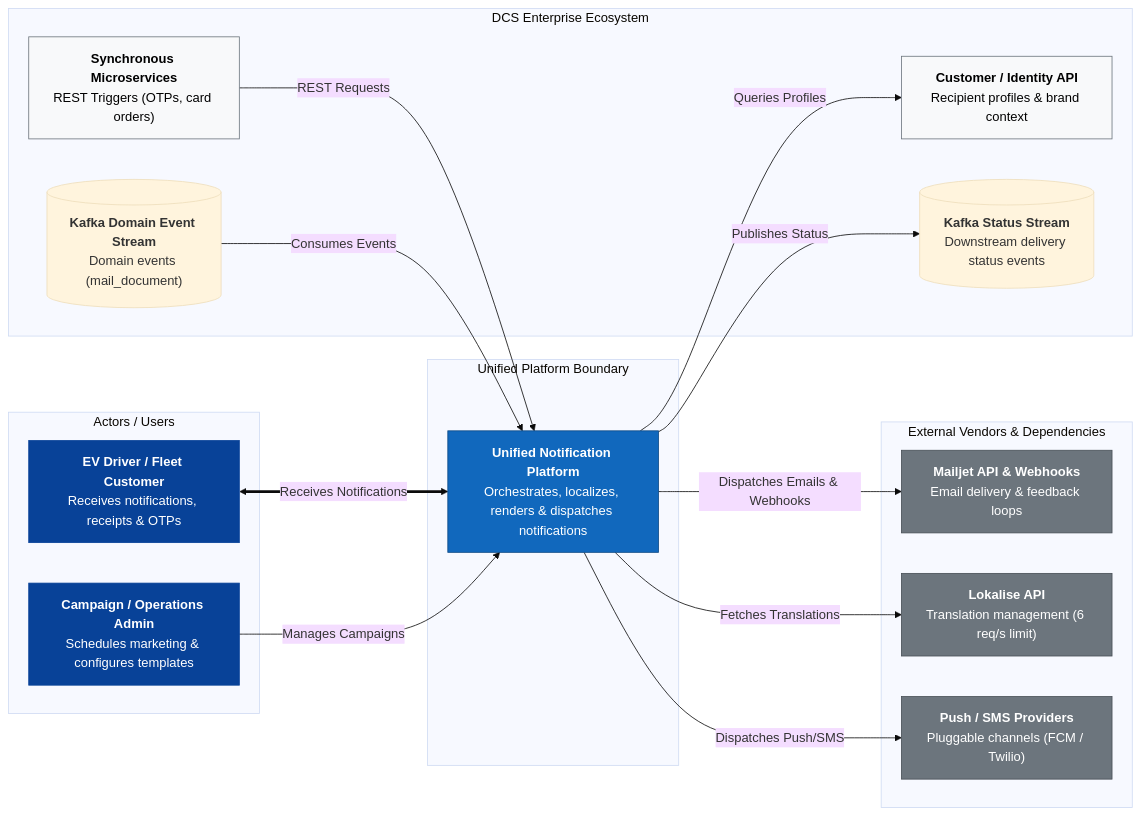
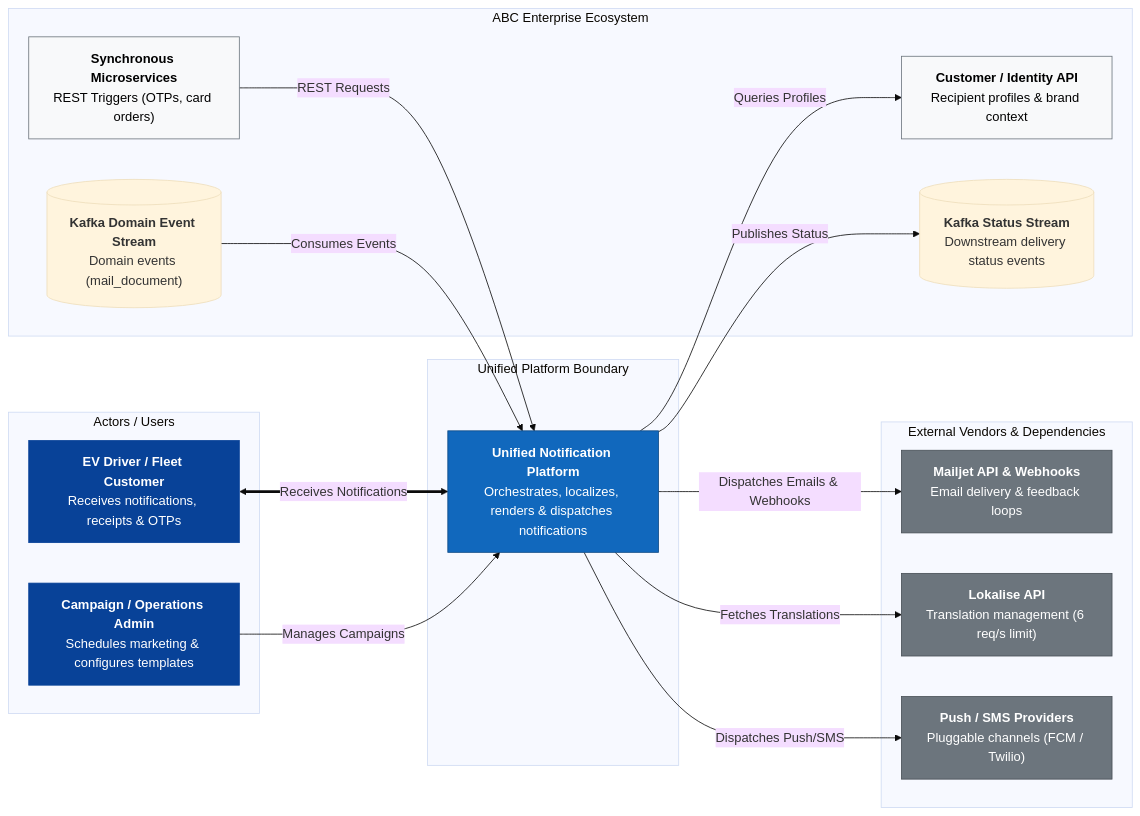
The first of 3 diagrams in REV-1.md (msazka/unified-notification-platform), drawn with Mermaid before and after one commit. The commit also changed other lines of this file, not shown here.

Commit message:
Update references from DCS to ABC in design proposal

````diff
--- a/REV-1.md
+++ b/REV-1.md
@@ -86,51 +86,51 @@
 ```mermaid
 %%{init: {'theme': 'base', 'themeVariables': { 'fontSize': '16px', 'nodePadding': '12' }}}%%
 flowchart LR
   %% C4 Level 1: System Context Diagram (GitHub Native)
 
   subgraph Users ["Actors / Users"]
     driver["<b>EV Driver / Fleet Customer</b><br/>Receives notifications, receipts & OTPs"]
     operator["<b>Campaign / Operations Admin</b><br/>Schedules marketing & configures templates"]
   end
 
   subgraph SystemBoundary ["Unified Platform Boundary"]
     notificationSystem["<b>Unified Notification Platform</b><br/>Orchestrates, localizes, renders & dispatches notifications"]
   end
 
-  subgraph Internal ["DCS Enterprise Ecosystem"]
+  subgraph Internal ["ABC Enterprise Ecosystem"]
     apiProducers["<b>Synchronous Microservices</b><br/>REST Triggers (OTPs, card orders)"]
     kafkaEvents[("<b>Kafka Domain Event Stream</b><br/>Domain events (mail_document)")]
     customerApi["<b>Customer / Identity API</b><br/>Recipient profiles & brand context"]
     kafkaStatus[("<b>Kafka Status Stream</b><br/>Downstream delivery status events")]
   end
 
   subgraph External ["External Vendors & Dependencies"]
     mailjet["<b>Mailjet API & Webhooks</b><br/>Email delivery & feedback loops"]
     lokalise["<b>Lokalise API</b><br/>Translation management (6 req/s limit)"]
     pushSms["<b>Push / SMS Providers</b><br/>Pluggable channels (FCM / Twilio)"]
   end
 
   driver <==>|"Receives Notifications"| notificationSystem
   operator -->|"Manages Campaigns"| notificationSystem
 
   apiProducers -->|"REST Requests"| notificationSystem
   kafkaEvents -->|"Consumes Events"| notificationSystem
 
   notificationSystem -->|"Queries Profiles"| customerApi
   notificationSystem -->|"Fetches Translations"| lokalise
   notificationSystem -->|"Dispatches Emails & Webhooks"| mailjet
   notificationSystem -->|"Dispatches Push/SMS"| pushSms
 
   notificationSystem -->|"Publishes Status"| kafkaStatus
 
   %% Styling for C4 visual look
   classDef userStyle fill:#084298,stroke:#084298,color:#fff;
   classDef systemStyle fill:#1168bd,stroke:#0b4884,color:#fff;
   classDef internalStyle fill:#f8f9fa,stroke:#6c757d,color:#000;
   classDef externalStyle fill:#6c757d,stroke:#495057,color:#fff;
 
   class driver,operator userStyle;
   class notificationSystem systemStyle;
   class apiProducers,customerApi internalStyle;
   class mailjet,lokalise,pushSms externalStyle;
 ```
````
